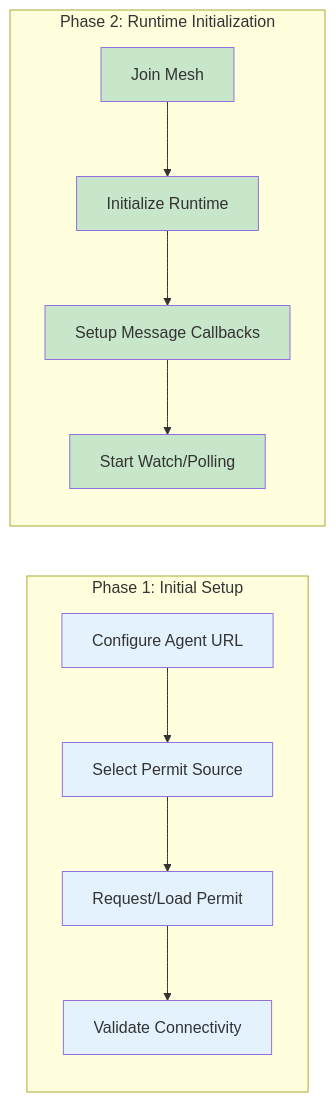
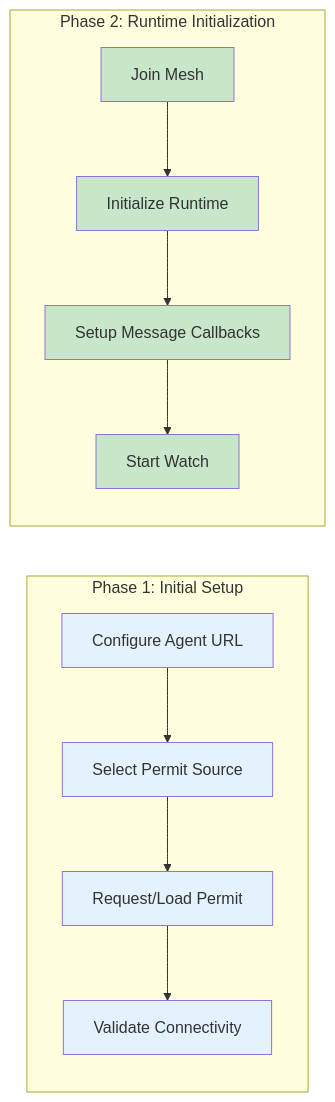
The first of 4 diagrams in docs/onboarding-flow.md (clawparty-ai/openclaw-channel-plugin-ztm), drawn with Mermaid before and after one commit. The commit also changed other lines of this file and 44 other files, not shown here.

````diff
--- a/docs/onboarding-flow.md
+++ b/docs/onboarding-flow.md
@@ -11,23 +11,23 @@
 ```mermaid
 flowchart LR
     subgraph "Phase 1: Initial Setup"
         A[Configure Agent URL] --> B[Select Permit Source]
         B --> C[Request/Load Permit]
         C --> D[Validate Connectivity]
     end
 
     subgraph "Phase 2: Runtime Initialization"
         E[Join Mesh] --> F[Initialize Runtime]
         F --> G[Setup Message Callbacks]
-        G --> H[Start Watch/Polling]
+        G --> H[Start Watch]
     end
 
     style A fill:#e3f2fd
     style B fill:#e3f2fd
     style C fill:#e3f2fd
     style D fill:#e3f2fd
     style E fill:#c8e6c9
     style F fill:#c8e6c9
     style G fill:#c8e6c9
     style H fill:#c8e6c9
 ```
````
